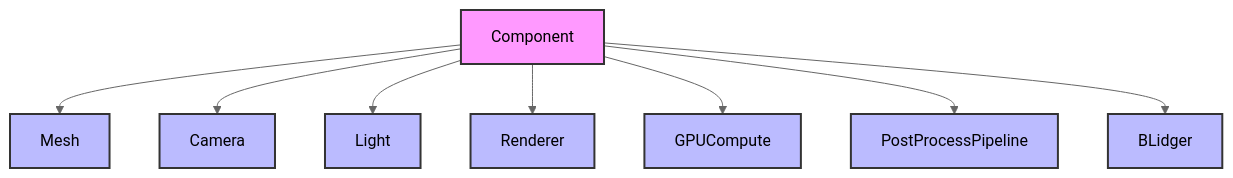
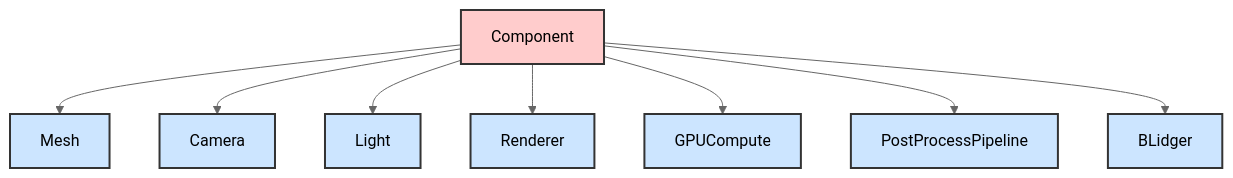
One commit to ukonpower/OREngine changed the second of 3 diagrams in docs/core/components.md. Above: the diagram before and after it, drawn with Mermaid (neutral theme). The commit also changed 5 other files, not shown here.

Commit message:
docs: tweak colors in diagrams

````diff
--- a/docs/core/components.md
+++ b/docs/core/components.md
@@ -45,20 +45,20 @@
 ```mermaid
 graph TB
     C[Component]
     C --> M[Mesh]
     C --> CM[Camera]
     C --> L[Light]
     C --> R[Renderer]
     C --> G[GPUCompute]
     C --> P[PostProcessPipeline]
     C --> B[BLidger]
 
-    style C fill:#f9f,stroke:#333,stroke-width:2px
-    style M fill:#bbf,stroke:#333,stroke-width:2px
-    style CM fill:#bbf,stroke:#333,stroke-width:2px
-    style L fill:#bbf,stroke:#333,stroke-width:2px
-    style R fill:#bbf,stroke:#333,stroke-width:2px
-    style G fill:#bbf,stroke:#333,stroke-width:2px
-    style P fill:#bbf,stroke:#333,stroke-width:2px
-    style B fill:#bbf,stroke:#333,stroke-width:2px
+    style C fill:#ffcccc,stroke:#333,stroke-width:2px
+    style M fill:#cce5ff,stroke:#333,stroke-width:2px
+    style CM fill:#cce5ff,stroke:#333,stroke-width:2px
+    style L fill:#cce5ff,stroke:#333,stroke-width:2px
+    style R fill:#cce5ff,stroke:#333,stroke-width:2px
+    style G fill:#cce5ff,stroke:#333,stroke-width:2px
+    style P fill:#cce5ff,stroke:#333,stroke-width:2px
+    style B fill:#cce5ff,stroke:#333,stroke-width:2px
 ```
````
